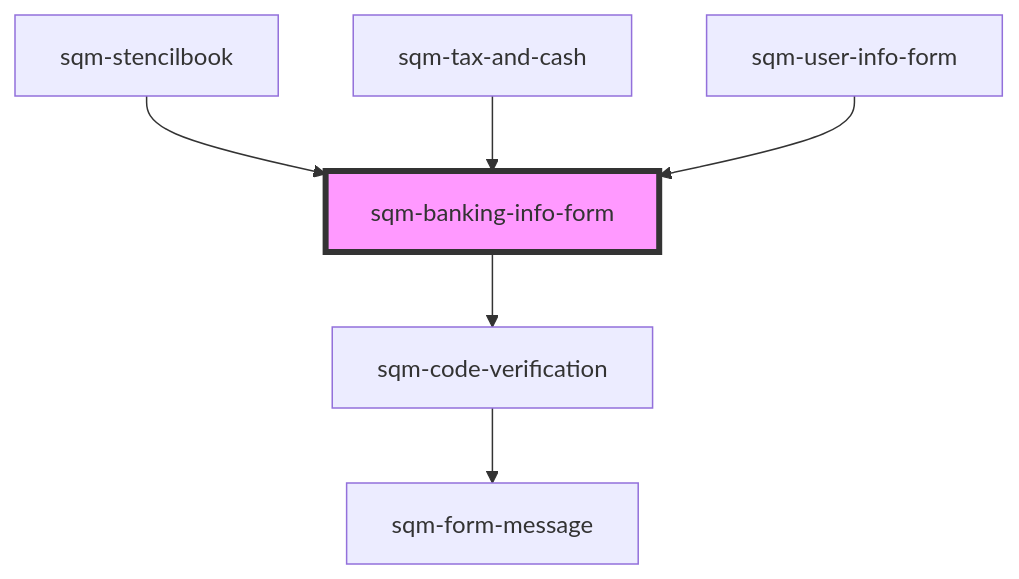
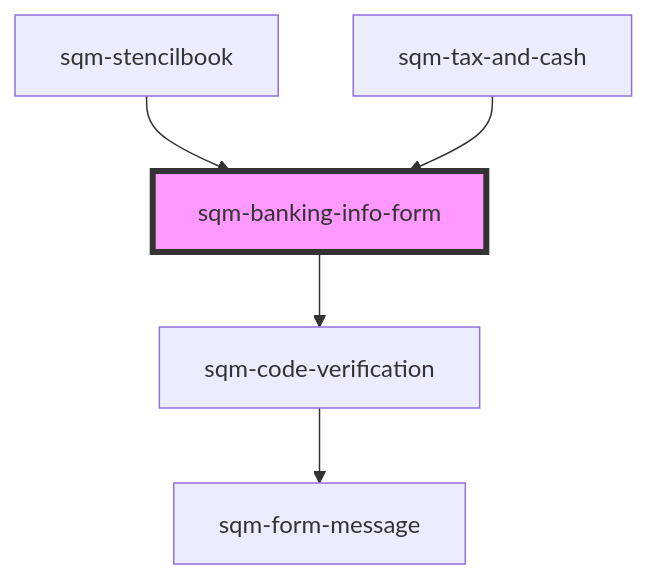
Before and after one commit to saasquatch/program-tools: the diagram in packages/mint-components/src/components/tax-and-cash/sqm-banking-info-form/readme.md, drawn with Mermaid. The commit also changed other lines of this file and 28 other files, not shown here.

Commit message:
fix code splitting for sqm-user-info-form

````diff
--- a/packages/mint-components/src/components/tax-and-cash/sqm-banking-info-form/readme.md
+++ b/packages/mint-components/src/components/tax-and-cash/sqm-banking-info-form/readme.md
@@ -82,9 +81,8 @@
 ```mermaid
 graph TD;
   sqm-banking-info-form --> sqm-code-verification
   sqm-code-verification --> sqm-form-message
   sqm-stencilbook --> sqm-banking-info-form
   sqm-tax-and-cash --> sqm-banking-info-form
-  sqm-user-info-form --> sqm-banking-info-form
   style sqm-banking-info-form fill:#f9f,stroke:#333,stroke-width:4px
 ```
````
